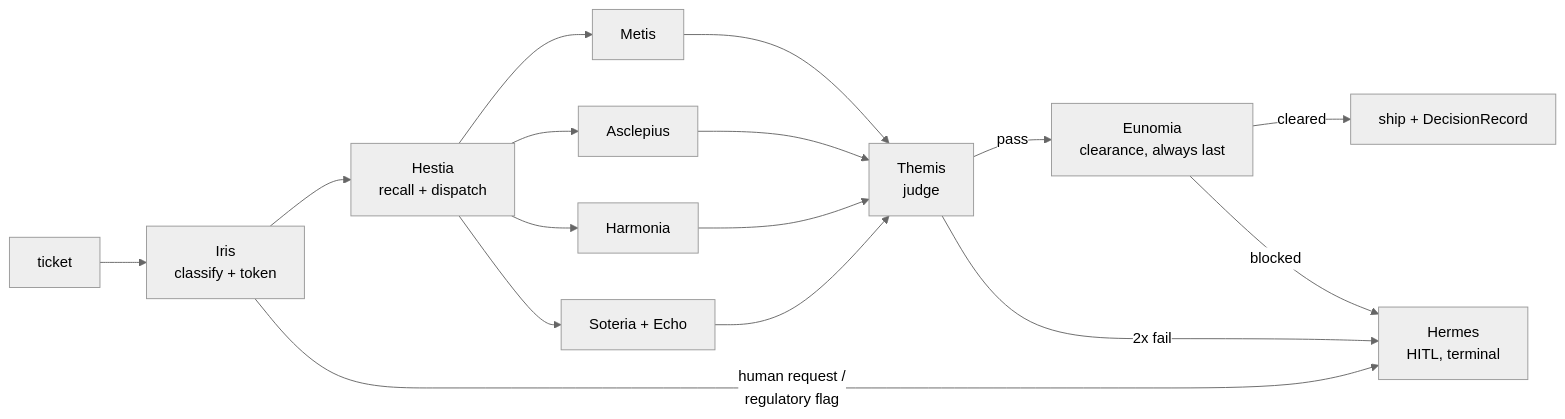
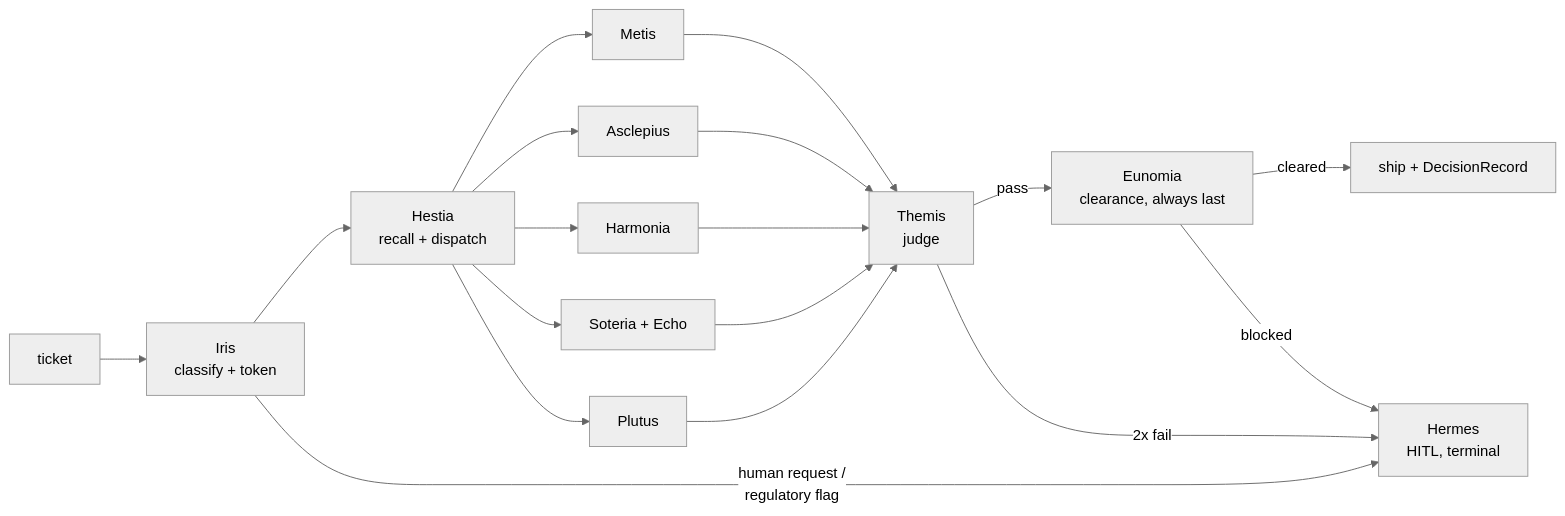
One commit to lebobo88/Xenia-Support changed the diagram in README.md. Above: the diagram before and after it, drawn with Mermaid (neutral theme). The commit also changed other lines of this file and 11 other files, not shown here.

````diff
--- a/README.md
+++ b/README.md
@@ -43,15 +44,16 @@
 ```mermaid
 flowchart LR
     T[ticket] --> I[Iris<br/>classify + token]
     I --> H[Hestia<br/>recall + dispatch]
     H --> M[Metis]
     H --> A[Asclepius]
     H --> HA[Harmonia]
     H --> S[Soteria + Echo]
-    M & A & HA & S --> TH[Themis<br/>judge]
+    H --> P[Plutus]
+    M & A & HA & S & P --> TH[Themis<br/>judge]
     TH -->|pass| E[Eunomia<br/>clearance, always last]
     TH -->|2x fail| HE
     E -->|cleared| OUT[ship + DecisionRecord]
     E -->|blocked| HE[Hermes<br/>HITL, terminal]
     I -->|human request /<br/>regulatory flag| HE
 ```
````
